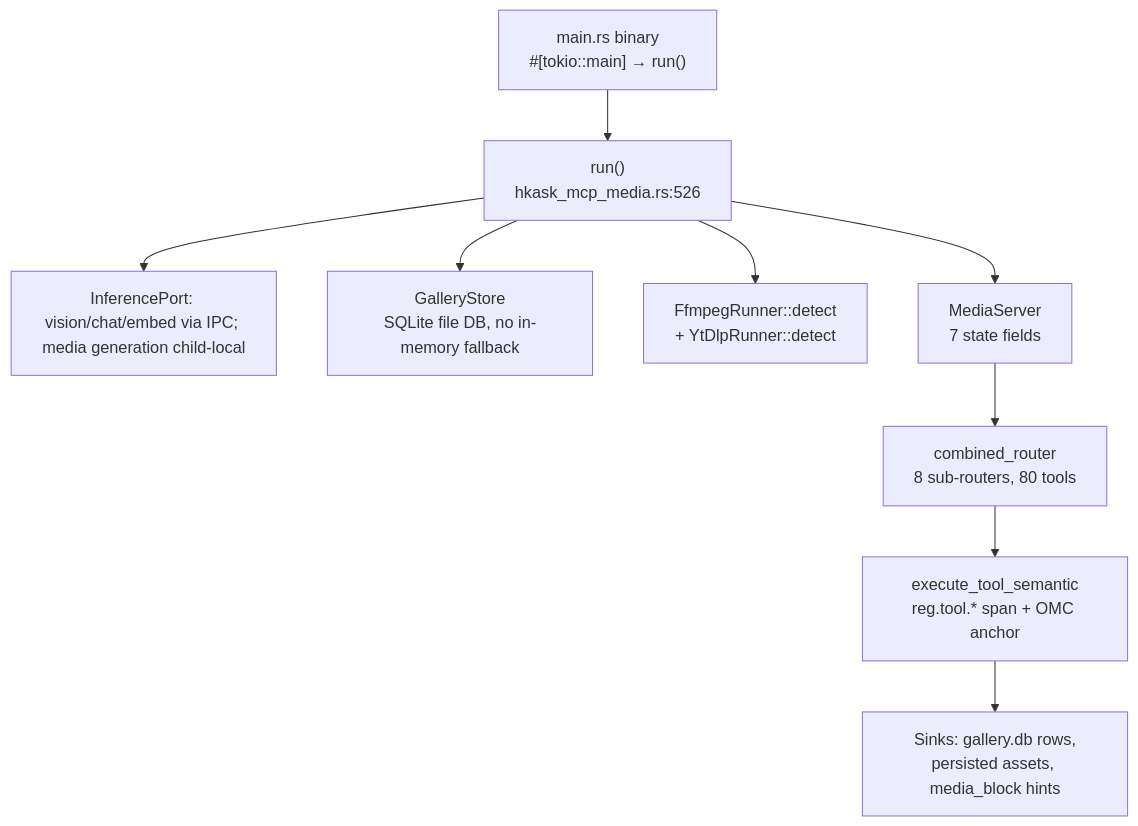
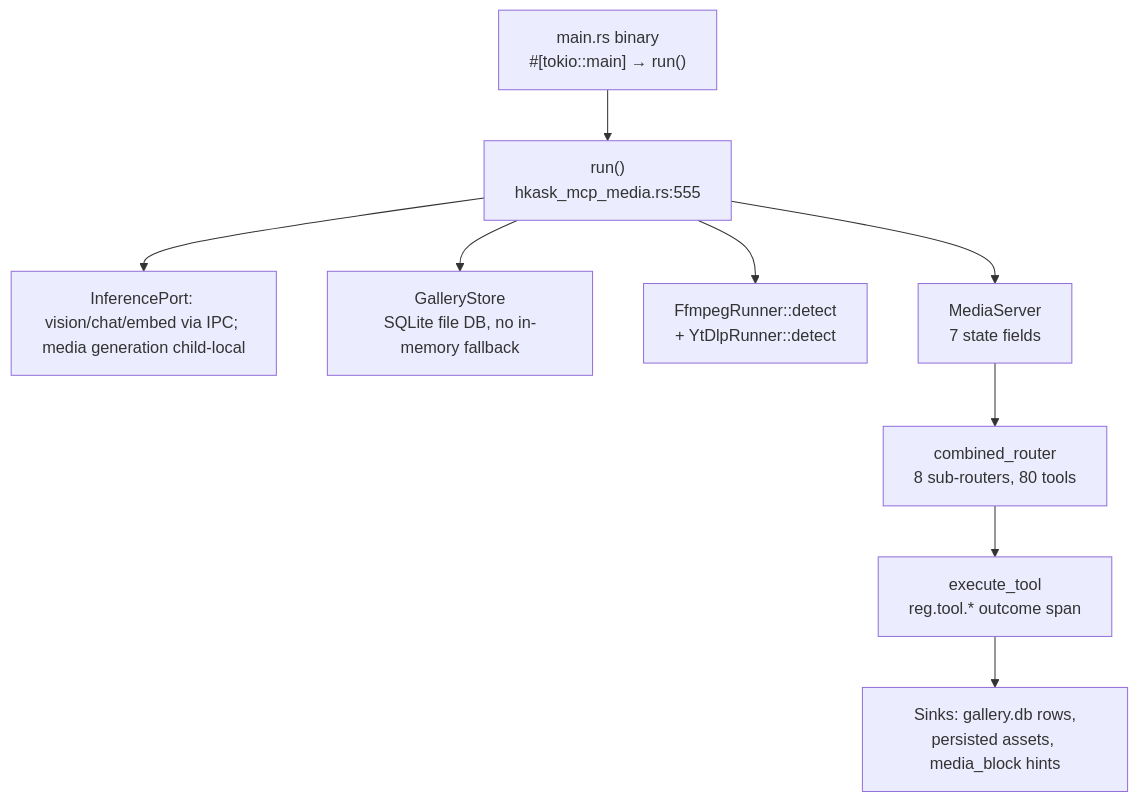
Before and after one commit to mdz-axo/zed-kask: the diagram in kask/docs/reference/mcp-servers/media.md, drawn with Mermaid. The commit also changed other lines of this file and 8 other files, not shown here.

````diff
--- a/kask/docs/reference/mcp-servers/media.md
+++ b/kask/docs/reference/mcp-servers/media.md
@@ -24,21 +24,21 @@
 ```mermaid
 flowchart TD
     binary["main.rs binary<br/>#[tokio::main] → run()"]
-    run["run()<br/>hkask_mcp_media.rs:526"]
+    run["run()<br/>hkask_mcp_media.rs:555"]
     port["InferencePort: vision/chat/embed via IPC; media generation child-local"]
     db["GalleryStore<br/>SQLite file DB, no in-memory fallback"]
     ffmpeg["FfmpegRunner::detect<br/>+ YtDlpRunner::detect"]
     server["MediaServer<br/>7 state fields"]
     router["combined_router<br/>8 sub-routers, 80 tools"]
-    semantic["execute_tool_semantic<br/>reg.tool.* span + OMC anchor"]
+    dispatch["execute_tool<br/>reg.tool.* outcome span"]
     sinks["Sinks: gallery.db rows,<br/>persisted assets, media_block hints"]
 
     binary --> run
     run --> port
     run --> db
     run --> ffmpeg
     run --> server
     server --> router
-    router --> semantic
-    semantic --> sinks
+    router --> dispatch
+    dispatch --> sinks
 ```
````
